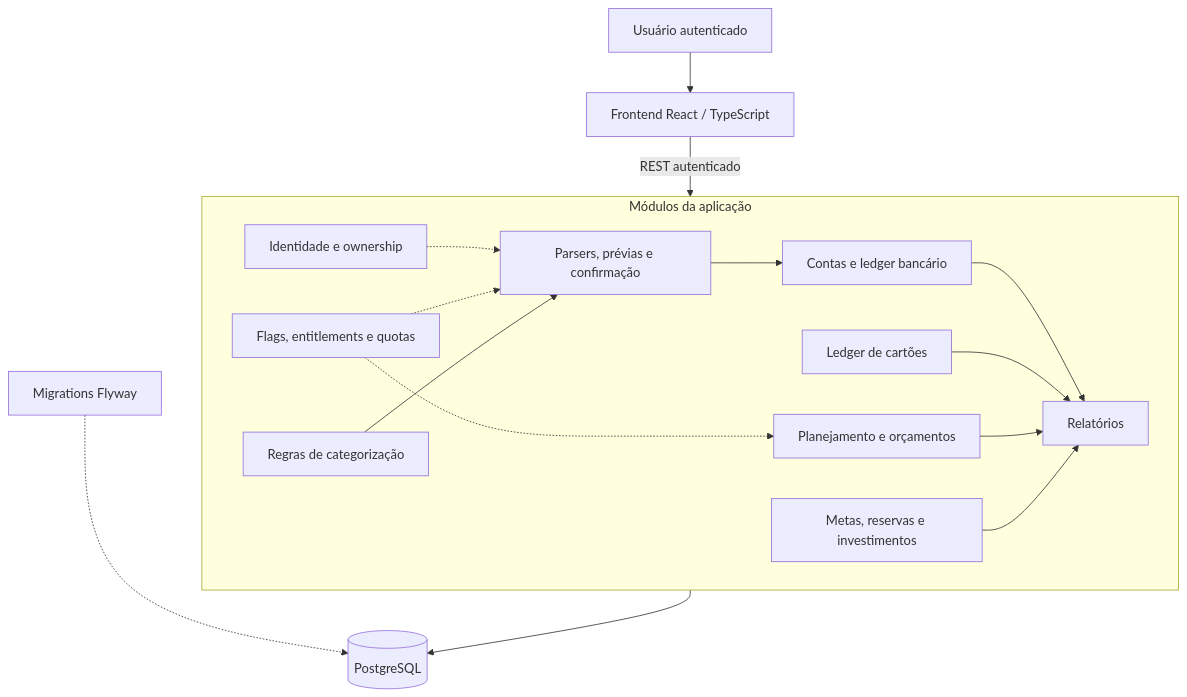
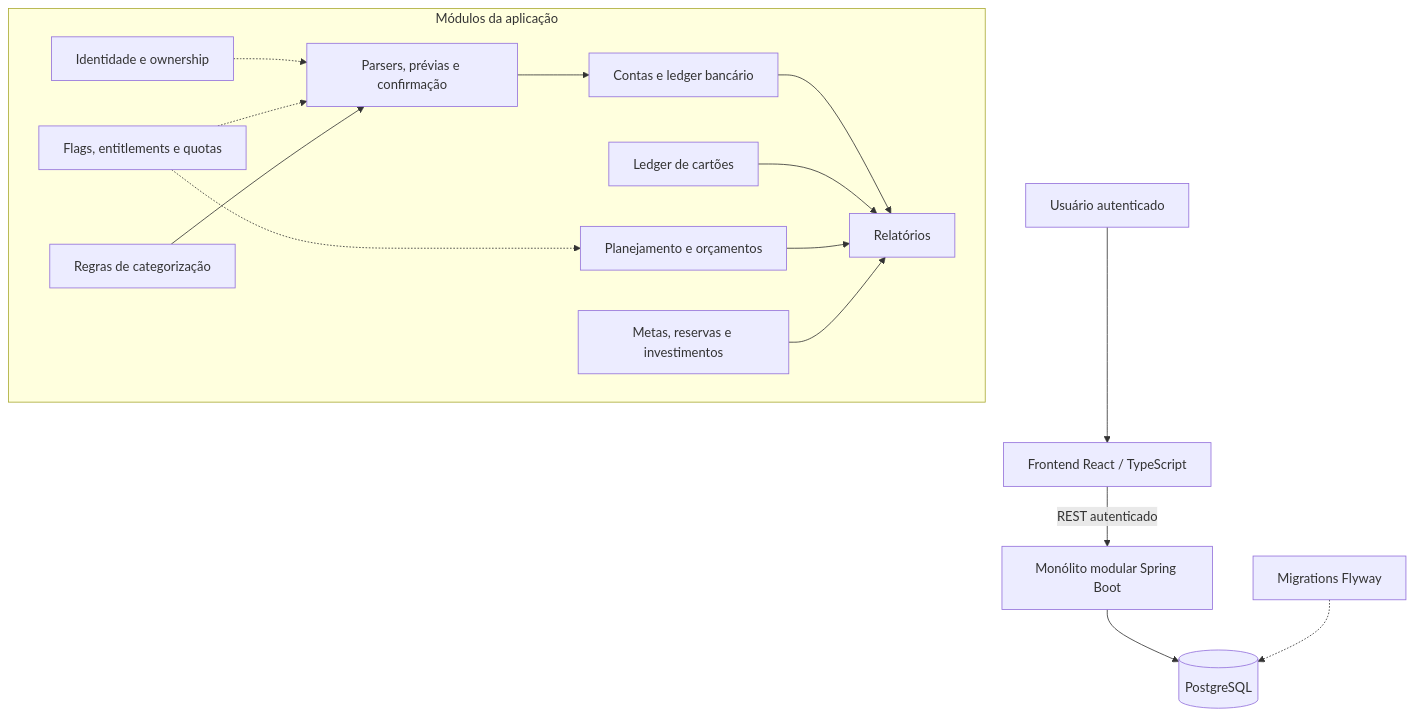
Before and after one commit to danilobsilv/BankingIntelligentSheet: the first of 2 diagrams in README.pt-BR.md, drawn with Mermaid. The commit also changed other lines of this file and 4 other files, not shown here.

````diff
--- a/README.pt-BR.md
+++ b/README.pt-BR.md
@@ -58,27 +58,27 @@
 ```mermaid
 flowchart TB
     U[Usuário autenticado] --> WEB[Frontend React / TypeScript]
-    WEB -->|REST autenticado| API[Monólito modular Spring Boot]
-    subgraph API[Módulos da aplicação]
+    WEB -->|REST autenticado| BACKEND[Monólito modular Spring Boot]
+    subgraph MODULES[Módulos da aplicação]
       AUTH[Identidade e ownership]
       IMPORT[Parsers, prévias e confirmação]
       BANK[Contas e ledger bancário]
       CARD[Ledger de cartões]
       PLAN[Planejamento e orçamentos]
       WEALTH[Metas, reservas e investimentos]
       RULES[Regras de categorização]
       ACCESS[Flags, entitlements e quotas]
       REPORT[Relatórios]
     end
     AUTH -.-> IMPORT
     ACCESS -.-> PLAN
     ACCESS -.-> IMPORT
     IMPORT --> BANK
     BANK --> REPORT
     CARD --> REPORT
     PLAN --> REPORT
     WEALTH --> REPORT
     RULES --> IMPORT
-    API --> DB[(PostgreSQL)]
+    BACKEND --> DB[(PostgreSQL)]
     MIG[Migrations Flyway] -.-> DB
 ```
````
